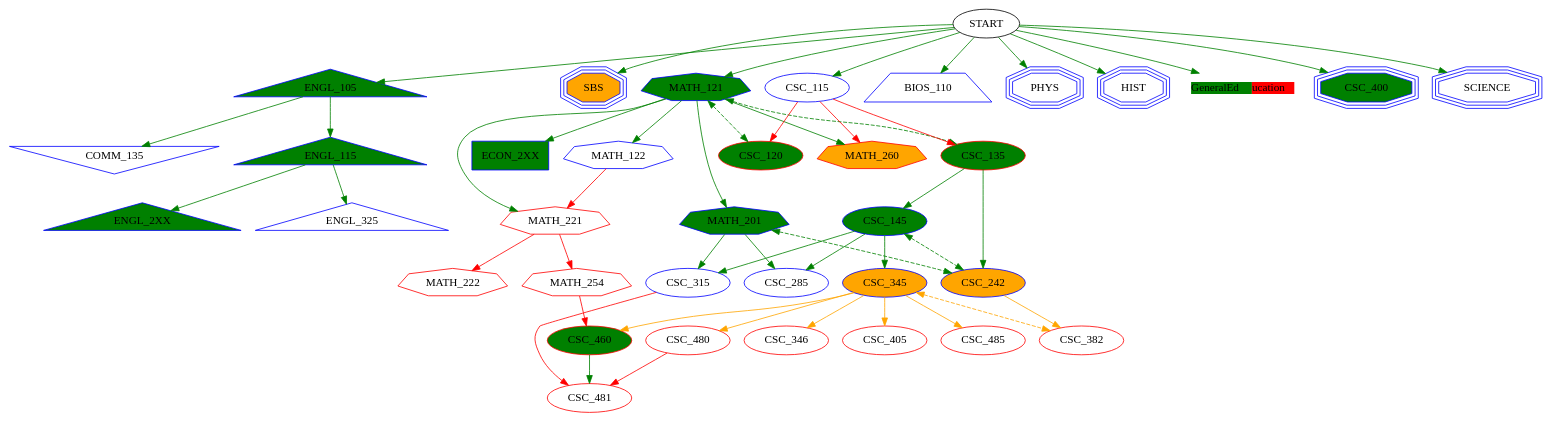
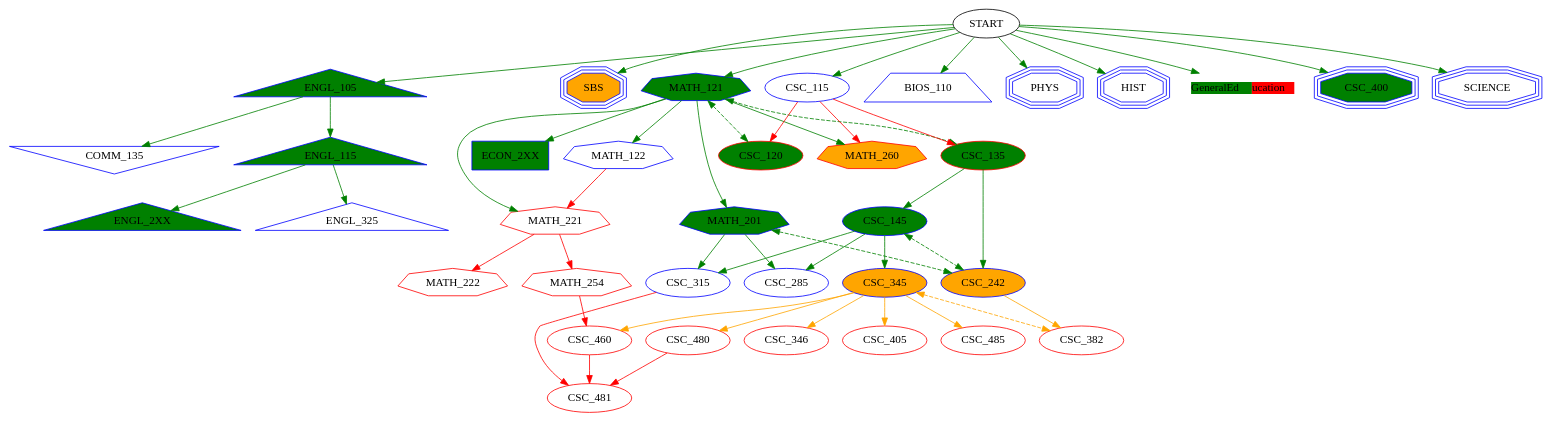
One commit to RonDeBen/GraphVizTranscriptVisualization changed the diagram in transcript.dot. Above: the diagram before and after it, drawn with Graphviz. The commit also changed 1 other file, not shown here.

Commit message:
changed up the graph

```diff
--- a/transcript.dot
+++ b/transcript.dot
@@ -1,91 +1,91 @@
 digraph g{
 	ENGL_105 [fillcolor=green,style=filled,shape=triangle,color=blue]
 	ENGL_115 [fillcolor=green,style=filled,shape=triangle,color=blue]
 	ECON_2XX [fillcolor=green,style=filled,shape=box,color=blue]
 	SBS [fillcolor=orange,style=filled,shape=tripleoctagon,color=blue]
 	MATH_121 [fillcolor=green,style=filled,shape=septagon,color=blue]
 	MATH_122 [fillcolor=white,style=filled,shape=septagon,color=blue]
 	MATH_221 [fillcolor=white,style=filled,shape=septagon,color=red]
 	MATH_222 [fillcolor=white,style=filled,shape=septagon,color=red]
 	BIOS_110 [fillcolor=white,style=filled,shape=trapezium,color=blue]
 	PHYS [fillcolor=white,style=filled,shape=tripleoctagon,color=blue]
 	COMM_135 [fillcolor=white,style=filled,shape=invtriangle,color=blue]
 	HIST [fillcolor=white,style=filled,shape=tripleoctagon,color=blue]
 	ENGL_2XX [fillcolor=green,style=filled,shape=triangle,color=blue]
 	GEN_ED[shape="none", label=<
 <table cellpadding="0" cellborder="0" cellspacing="0" border="0">
 <tr>
 <td bgcolor="green">GeneralEd</td>
 <td bgcolor="red">ucation</td>
 </tr>
 </table>
 >]
 	CSC_115 [fillcolor=white,style=filled,shape=ellipse,color=blue]
 	CSC_120 [fillcolor=green,style=filled,shape=ellipse,color=red]
 	CSC_135 [fillcolor=green,style=filled,shape=ellipse,color=red]
 	CSC_145 [fillcolor=green,style=filled,shape=ellipse,color=blue]
 	CSC_242 [fillcolor=orange,style=filled,shape=ellipse,color=blue]
 	CSC_285 [fillcolor=white,style=filled,shape=ellipse,color=blue]
 	CSC_315 [fillcolor=white,style=filled,shape=ellipse,color=blue]
 	CSC_345 [fillcolor=orange,style=filled,shape=ellipse,color=blue]
 	CSC_346 [fillcolor=white,style=filled,shape=ellipse,color=red]
 	CSC_382 [fillcolor=white,style=filled,shape=ellipse,color=red]
 	CSC_405 [fillcolor=white,style=filled,shape=ellipse,color=red]
-	CSC_460 [fillcolor=green,style=filled,shape=ellipse,color=red]
+	CSC_460 [fillcolor=white,style=filled,shape=ellipse,color=red]
 	CSC_480 [fillcolor=white,style=filled,shape=ellipse,color=red]
 	CSC_481 [fillcolor=white,style=filled,shape=ellipse,color=red]
 	CSC_485 [fillcolor=white,style=filled,shape=ellipse,color=red]
 	CSC_400 [fillcolor=green,style=filled,shape=tripleoctagon,color=blue]
 	ENGL_325 [fillcolor=white,style=filled,shape=triangle,color=blue]
 	SCIENCE [fillcolor=white,style=filled,shape=tripleoctagon,color=blue]
 	MATH_201 [fillcolor=green,style=filled,shape=septagon,color=blue]
 	MATH_254 [fillcolor=white,style=filled,shape=septagon,color=red]
 	MATH_260 [fillcolor=orange,style=filled,shape=septagon,color=red]
 	START -> ENGL_105 [color=green]
 	ENGL_105 -> ENGL_115 [color=green]
 	MATH_121 -> ECON_2XX [color=green]
 	START -> SBS [color=green]
 	START -> MATH_121 [color=green]
 	MATH_121 -> MATH_122 [color=green]
 	MATH_121 -> MATH_221 [color=green]
 	MATH_122 -> MATH_221 [color=red]
 	MATH_221 -> MATH_222 [color=red]
 	START -> BIOS_110 [color=green]
 	START -> PHYS [color=green]
 	ENGL_105 -> COMM_135 [color=green]
 	START -> HIST [color=green]
 	ENGL_115 -> ENGL_2XX [color=green]
 	START -> GEN_ED [color=green]
 	START -> CSC_115 [color=green]
 	CSC_115 -> CSC_120 [color=red]
 	MATH_121 -> CSC_120 [style=dashed,dir=both,color=green]
 	CSC_115 -> CSC_135 [color=red]
 	MATH_121 -> CSC_135 [style=dashed,dir=both,color=green]
 	CSC_135 -> CSC_145 [color=green]
 	CSC_135 -> CSC_242 [color=green]
 	CSC_145 -> CSC_242 [style=dashed,dir=both,color=green]
 	MATH_201 -> CSC_242 [style=dashed,dir=both,color=green]
 	CSC_145 -> CSC_285 [color=green]
 	MATH_201 -> CSC_285 [color=green]
 	CSC_145 -> CSC_315 [color=green]
 	MATH_201 -> CSC_315 [color=green]
 	CSC_145 -> CSC_345 [color=green]
 	CSC_345 -> CSC_346 [color=orange]
 	CSC_242 -> CSC_382 [color=orange]
 	CSC_345 -> CSC_382 [style=dashed,dir=both,color=orange]
 	CSC_345 -> CSC_405 [color=orange]
 	CSC_345 -> CSC_460 [color=orange]
 	MATH_254 -> CSC_460 [color=red]
 	CSC_345 -> CSC_480 [color=orange]
 	CSC_480 -> CSC_481 [color=red]
 	CSC_315 -> CSC_481 [color=red]
-	CSC_460 -> CSC_481 [color=green]
+	CSC_460 -> CSC_481 [color=red]
 	CSC_345 -> CSC_485 [color=orange]
 	START -> CSC_400 [color=green]
 	ENGL_115 -> ENGL_325 [color=green]
 	START -> SCIENCE [color=green]
 	MATH_121 -> MATH_201 [color=green]
 	MATH_221 -> MATH_254 [color=red]
 	MATH_121 -> MATH_260 [color=green]
 	CSC_115 -> MATH_260 [color=red]
 }
```
